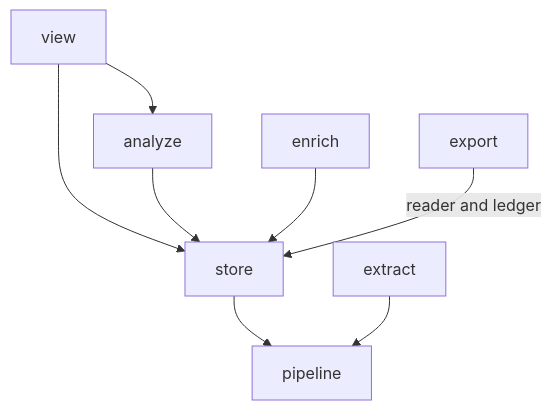
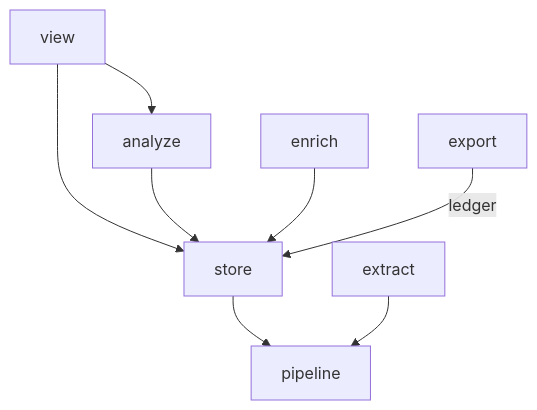
Before and after one commit to nathanielobrown/hyphae: the diagram in plans/store-layering/phase-2-store-package.md, drawn with Mermaid. The commit also changed other lines of this file and 1 other file, not shown here.

First line of the commit message:
📚 Revise the phase 2 store design after its audit and testing plan

````diff
--- a/plans/store-layering/phase-2-store-package.md
+++ b/plans/store-layering/phase-2-store-package.md
@@ -48,11 +75,11 @@
 ```mermaid
 graph TD
   %% After phase 2; an arrow runs from the importer to what it imports
   view --> analyze
   view --> store
   analyze --> store
   enrich --> store
-  export -->|"reader and ledger"| store
+  export -->|"ledger"| store
   store --> pipeline
   extract --> pipeline
 ```
````
